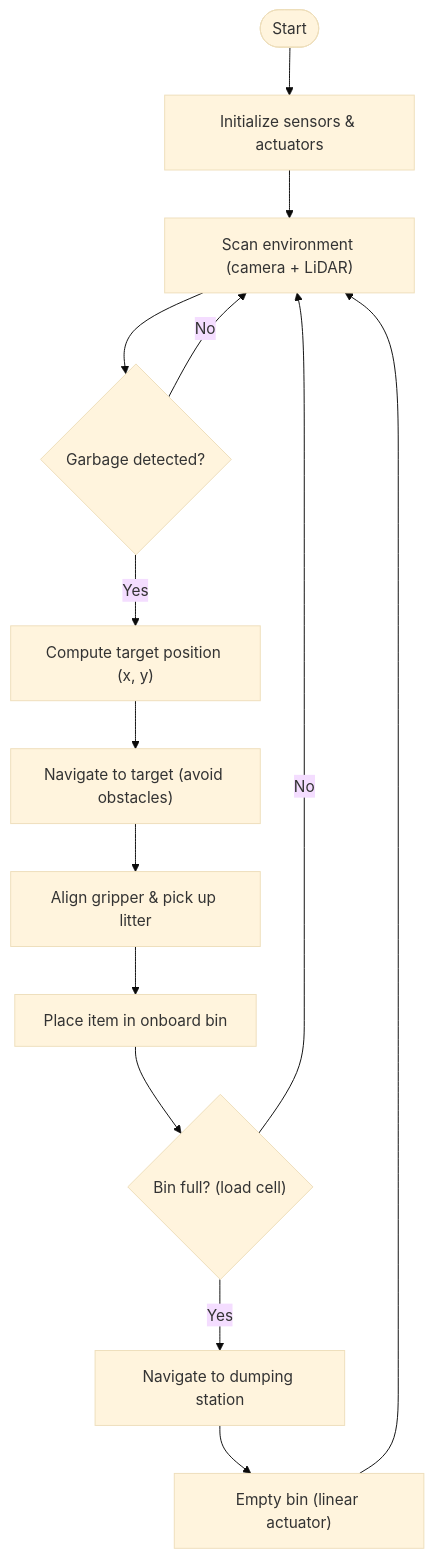
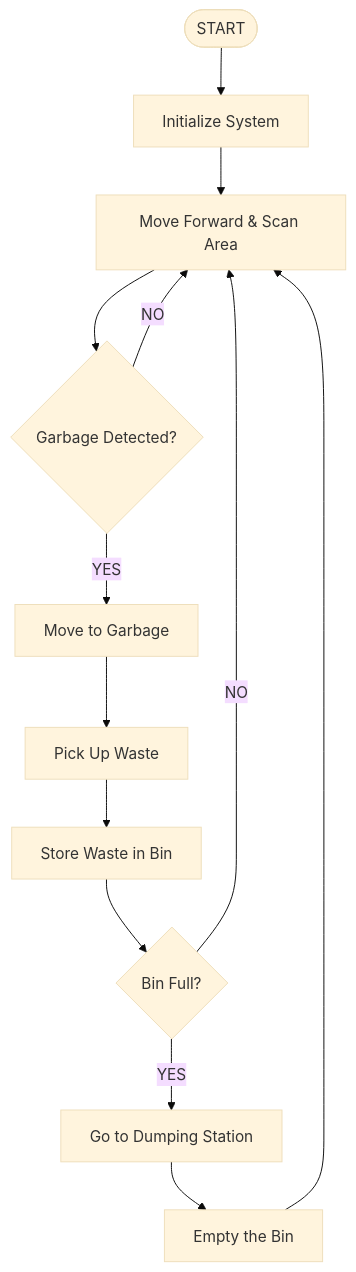
The first of 5 diagrams in README.md (noushad999/robotics), drawn with Mermaid (base theme) before and after one commit. The commit also changed other lines of this file, not shown here.

````diff
--- a/README.md
+++ b/README.md
@@ -86,16 +55,15 @@
 ```mermaid
 flowchart TD
-    A([Start]) --> B["Initialize sensors & actuators"]
-    B --> C["Scan environment (camera + LiDAR)"]
-    C --> D{"Garbage detected?"}
-    D -->|No| C
-    D -->|Yes| E["Compute target position (x, y)"]
-    E --> F["Navigate to target (avoid obstacles)"]
-    F --> G["Align gripper & pick up litter"]
-    G --> H["Place item in onboard bin"]
-    H --> I{"Bin full? (load cell)"}
-    I -->|No| C
-    I -->|Yes| J["Navigate to dumping station"]
-    J --> K["Empty bin (linear actuator)"]
-    K --> C
+    A([START]) --> B[Initialize System]
+    B --> C[Move Forward & Scan Area]
+    C --> D{Garbage Detected?}
+    D -->|NO| C
+    D -->|YES| E[Move to Garbage]
+    E --> F[Pick Up Waste]
+    F --> G[Store Waste in Bin]
+    G --> H{Bin Full?}
+    H -->|NO| C
+    H -->|YES| I[Go to Dumping Station]
+    I --> J[Empty the Bin]
+    J --> C
 ```
````
